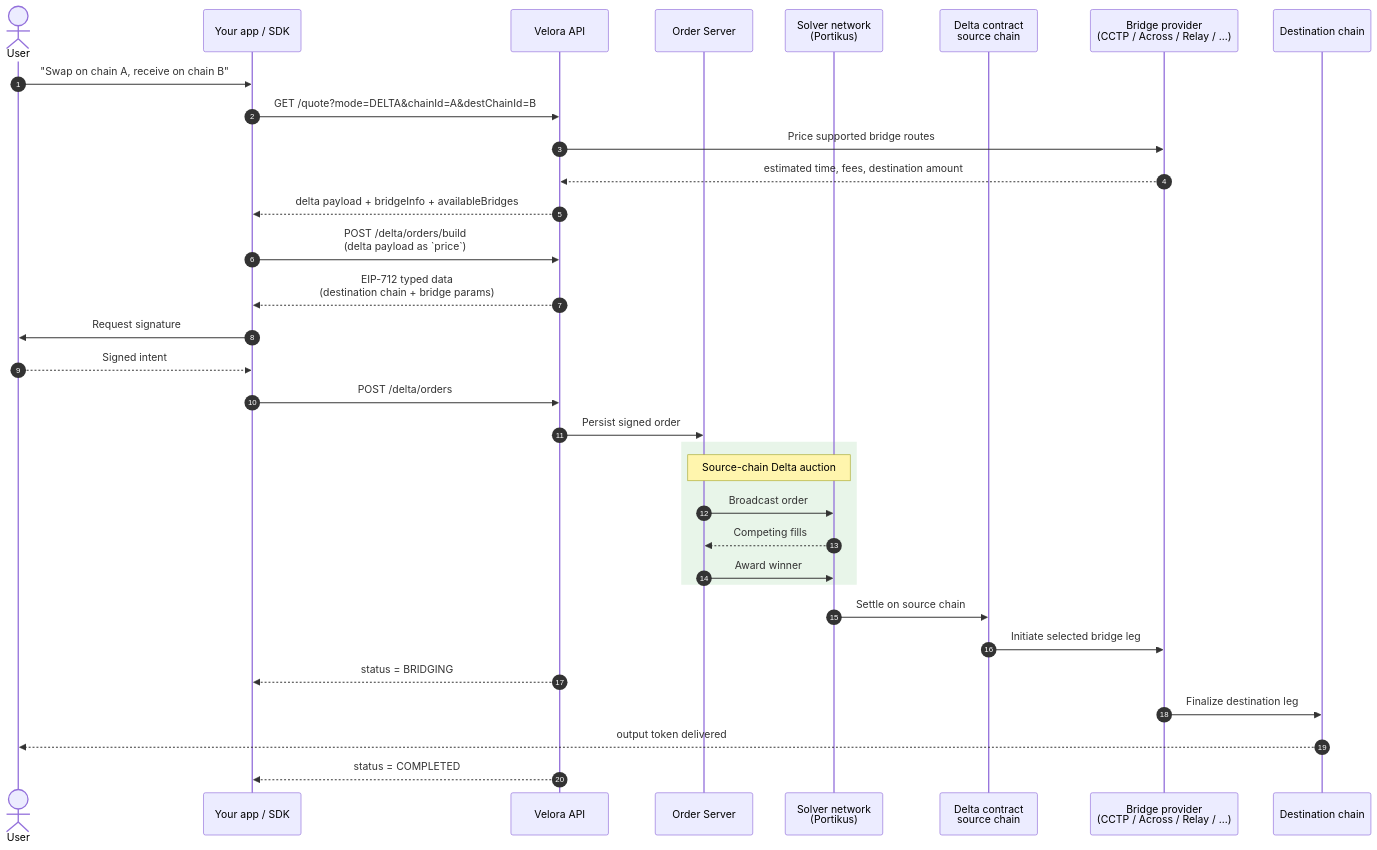
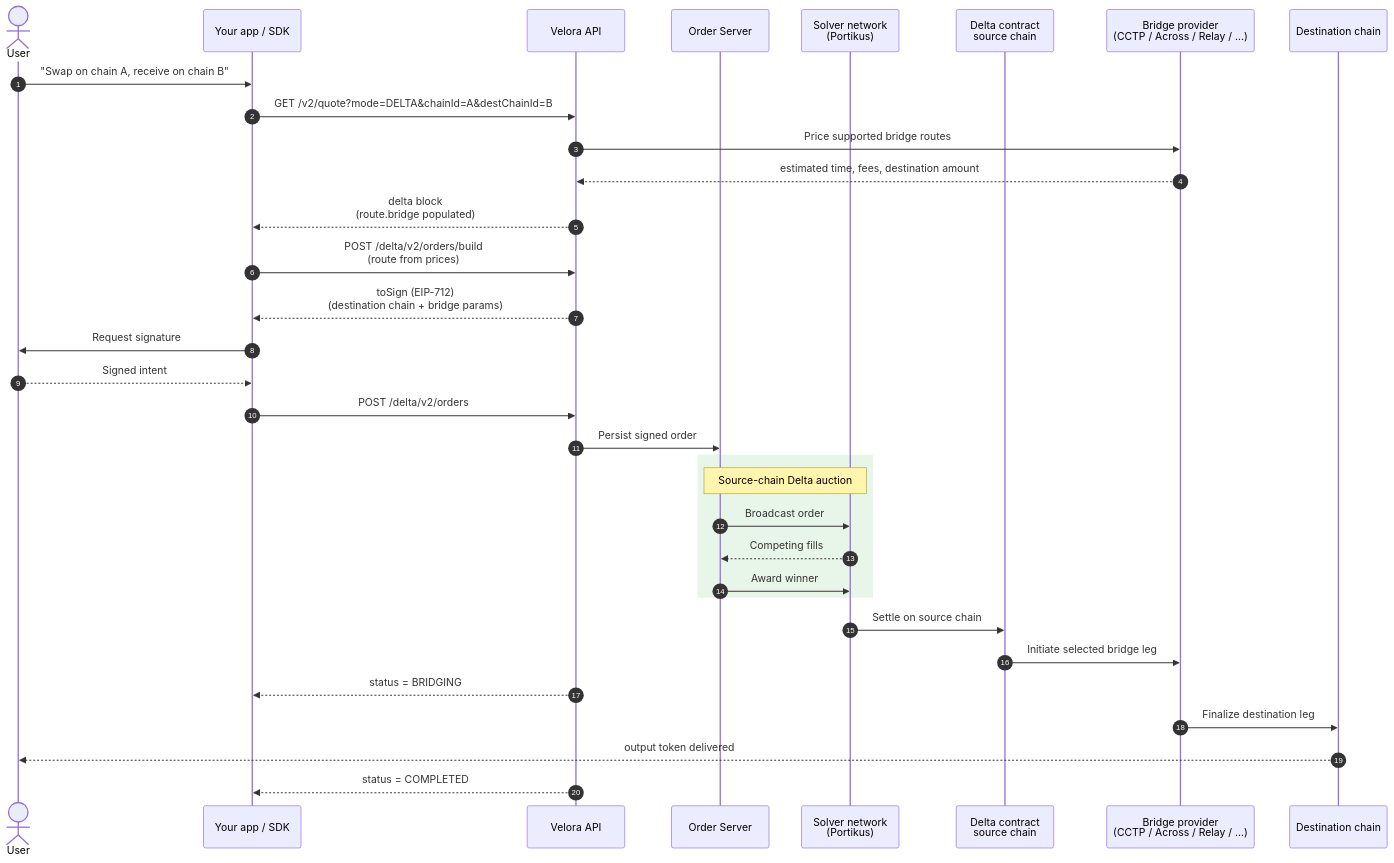
The diagram in delta/crosschain-delta.mdx (VeloraDEX/docs), drawn with Mermaid before and after one commit. The commit also changed other lines of this file and 6 other files, not shown here.

First line of the commit message:
Document the Delta V2 quote flow in guides and examples

````diff
--- a/delta/crosschain-delta.mdx
+++ b/delta/crosschain-delta.mdx
@@ -13,40 +13,40 @@
 ```mermaid
 sequenceDiagram
   autonumber
   actor User
   participant DApp as Your app / SDK
   participant API as Velora API
   participant OS as Order Server
   participant Solvers as Solver network<br/>(Portikus)
   participant Delta as Delta contract<br/>source chain
   participant Bridge as Bridge provider<br/>(CCTP / Across / Relay / ...)
   participant Dest as Destination chain
 
   User->>DApp: "Swap on chain A, receive on chain B"
-  DApp->>API: GET /quote?mode=DELTA&chainId=A&destChainId=B
+  DApp->>API: GET /v2/quote?mode=DELTA&chainId=A&destChainId=B
   API->>Bridge: Price supported bridge routes
   Bridge-->>API: estimated time, fees, destination amount
-  API-->>DApp: delta payload + bridgeInfo + availableBridges
+  API-->>DApp: delta block<br/>(route.bridge populated)
 
-  DApp->>API: POST /delta/orders/build<br/>(delta payload as `price`)
-  API-->>DApp: EIP-712 typed data<br/>(destination chain + bridge params)
+  DApp->>API: POST /delta/v2/orders/build<br/>(route from prices)
+  API-->>DApp: toSign (EIP-712)<br/>(destination chain + bridge params)
   DApp->>User: Request signature
   User-->>DApp: Signed intent
-  DApp->>API: POST /delta/orders
+  DApp->>API: POST /delta/v2/orders
   API->>OS: Persist signed order
 
   rect rgb(232, 245, 233)
     note over OS,Solvers: Source-chain Delta auction
     OS->>Solvers: Broadcast order
     Solvers-->>OS: Competing fills
     OS->>Solvers: Award winner
   end
 
   Solvers->>Delta: Settle on source chain
   Delta->>Bridge: Initiate selected bridge leg
   API-->>DApp: status = BRIDGING
 
   Bridge->>Dest: Finalize destination leg
   Dest-->>User: output token delivered
   API-->>DApp: status = COMPLETED
 ```
````
